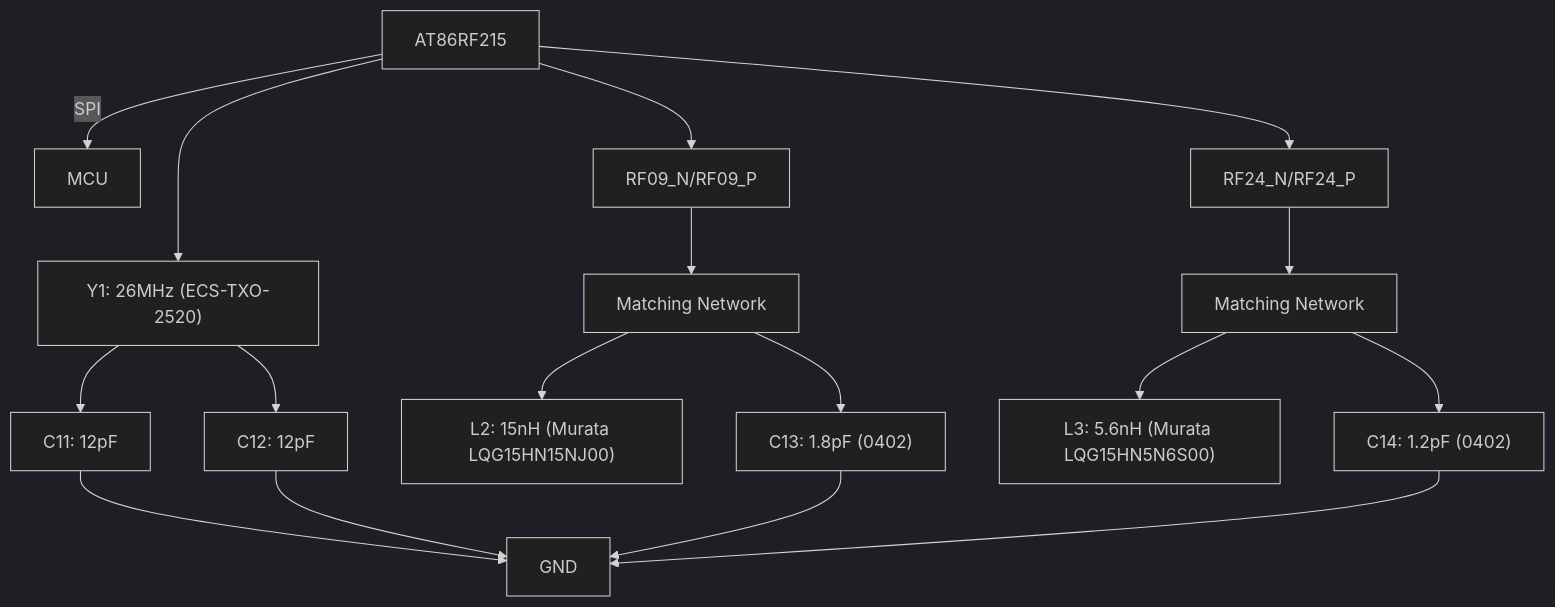
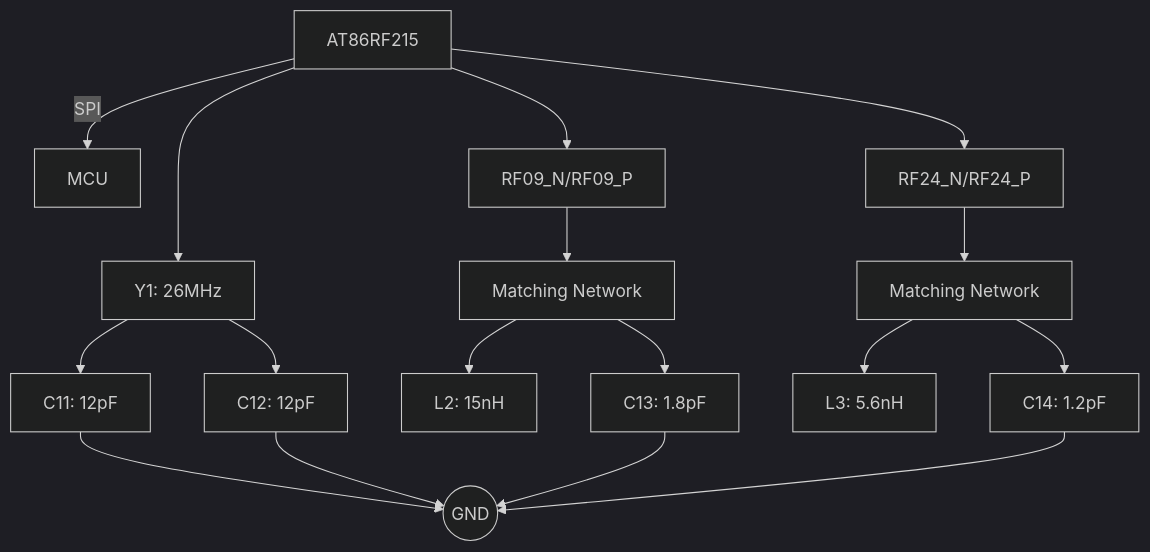
One commit to morteerror404/Goitaca-Hacker-HUB changed the diagram in Modulos/AT86RF215.mermaid. Above: the diagram before and after it, drawn with Mermaid (dark theme). The commit also changed 8 other files, not shown here.

```diff
--- a/Modulos/AT86RF215.mermaid
+++ b/Modulos/AT86RF215.mermaid
@@ -1,19 +1,20 @@
 graph TD
+    GND((GND))
     AT86RF215 -->|SPI| MCU
-    AT86RF215 --> TCXO["Y1: 26MHz (ECS-TXO-2520)"]
+    AT86RF215 --> TCXO["Y1: 26MHz"]
     TCXO --> C11["C11: 12pF"]
     TCXO --> C12["C12: 12pF"]
     C11 --> GND
     C12 --> GND
-    
+
     AT86RF215 --> RF09["RF09_N/RF09_P"]
     RF09 --> MATCH09["Matching Network"]
-    MATCH09 --> L2["L2: 15nH (Murata LQG15HN15NJ00)"]
-    MATCH09 --> C13["C13: 1.8pF (0402)"]
+    MATCH09 --> L2["L2: 15nH"]
+    MATCH09 --> C13["C13: 1.8pF"]
     C13 --> GND
-    
+
     AT86RF215 --> RF24["RF24_N/RF24_P"]
     RF24 --> MATCH24["Matching Network"]
-    MATCH24 --> L3["L3: 5.6nH (Murata LQG15HN5N6S00)"]
-    MATCH24 --> C14["C14: 1.2pF (0402)"]
+    MATCH24 --> L3["L3: 5.6nH"]
+    MATCH24 --> C14["C14: 1.2pF"]
     C14 --> GND
```
